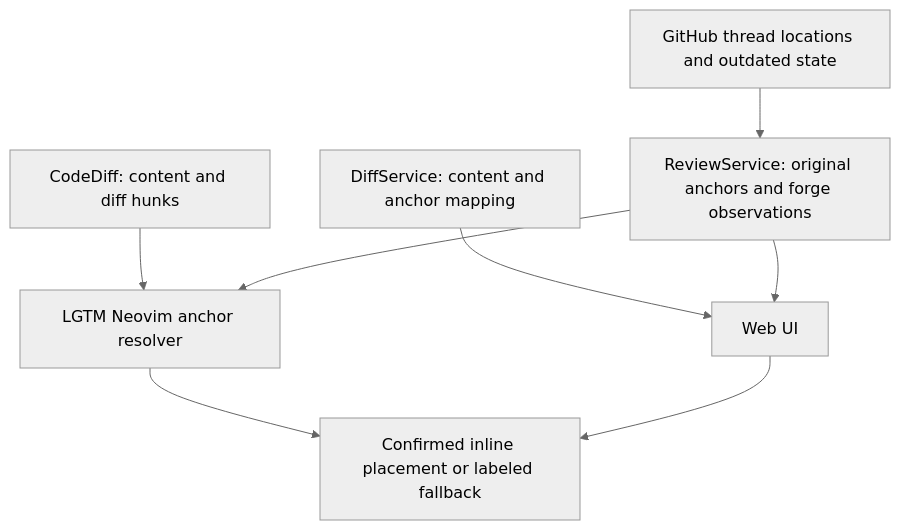
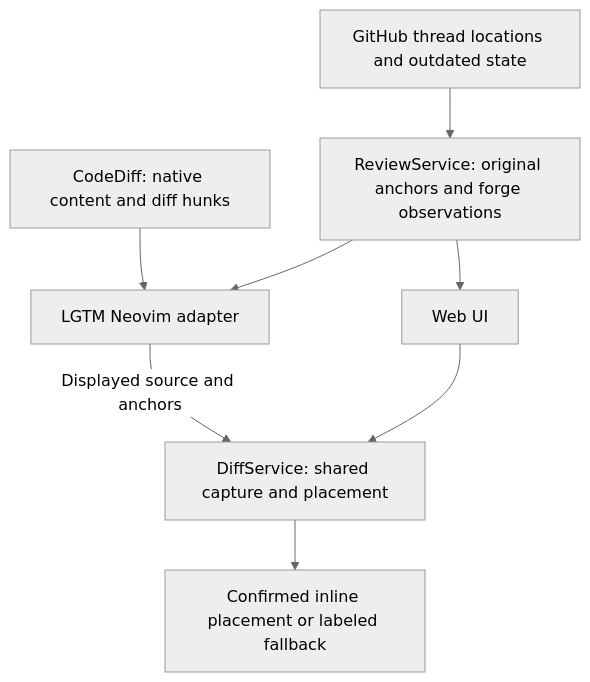
One commit to difflab-io/lgtm changed the ninth of 15 diagrams in docs/architecture/backend/reviews.md. Above: the diagram before and after it, drawn with Mermaid (neutral theme). The commit also changed other lines of this file and 119 other files, not shown here.

First line of the commit message:
refactor(nvim): separate reactive UI and backend review workflows

````diff
--- a/docs/architecture/backend/reviews.md
+++ b/docs/architecture/backend/reviews.md
@@ -432,10 +432,10 @@
 ```mermaid
 flowchart TB
-    CD["CodeDiff: content and diff hunks"] --> NR["LGTM Neovim anchor resolver"]
-    DS["DiffService: content and anchor mapping"] --> Web["Web UI"]
-    RS["ReviewService: original anchors and forge observations"] --> NR
-    RS --> Web
-    NR --> UI["Confirmed inline placement or labeled fallback"]
-    Web --> UI
+    CD["CodeDiff: native content and diff hunks"] --> Nvim["LGTM Neovim adapter"]
+    RS["ReviewService: original anchors and forge observations"] --> Nvim
+    RS --> Web["Web UI"]
+    Nvim -->|"Displayed source and anchors"| DS["DiffService: shared capture and placement"]
+    Web --> DS
+    DS --> UI["Confirmed inline placement or labeled fallback"]
     GH["GitHub thread locations and outdated state"] --> RS
 ```
````
